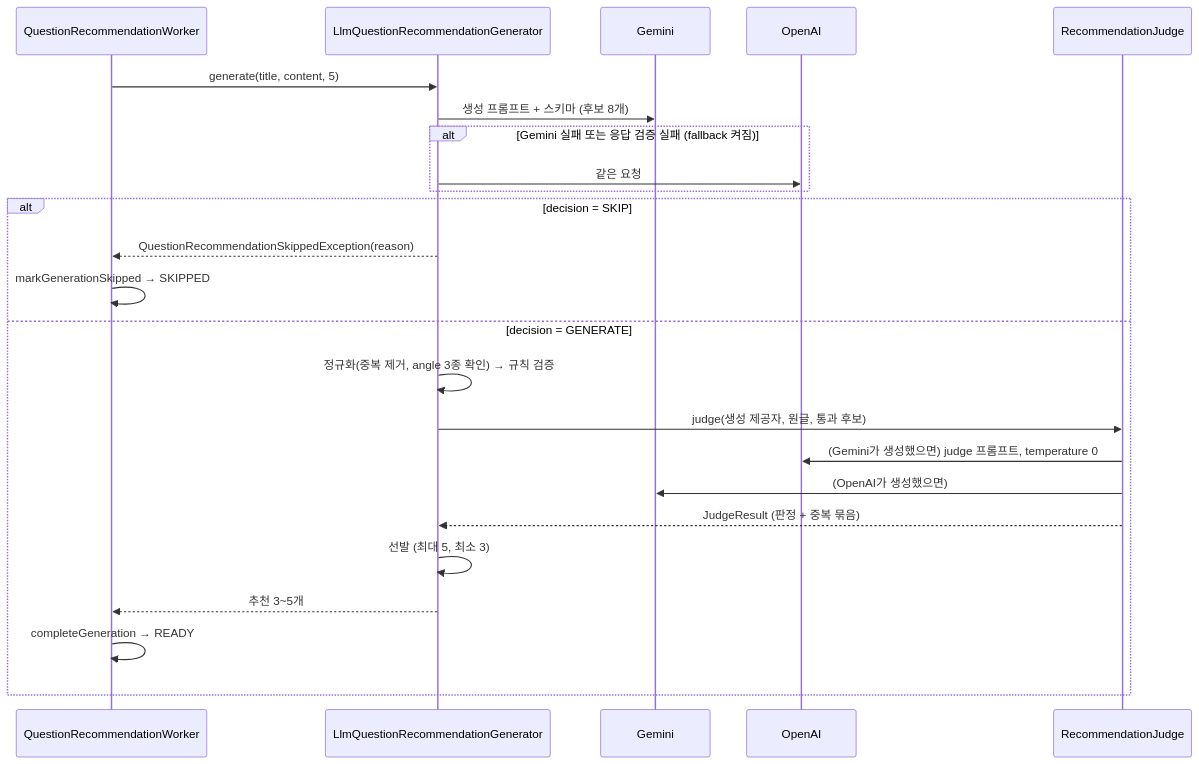
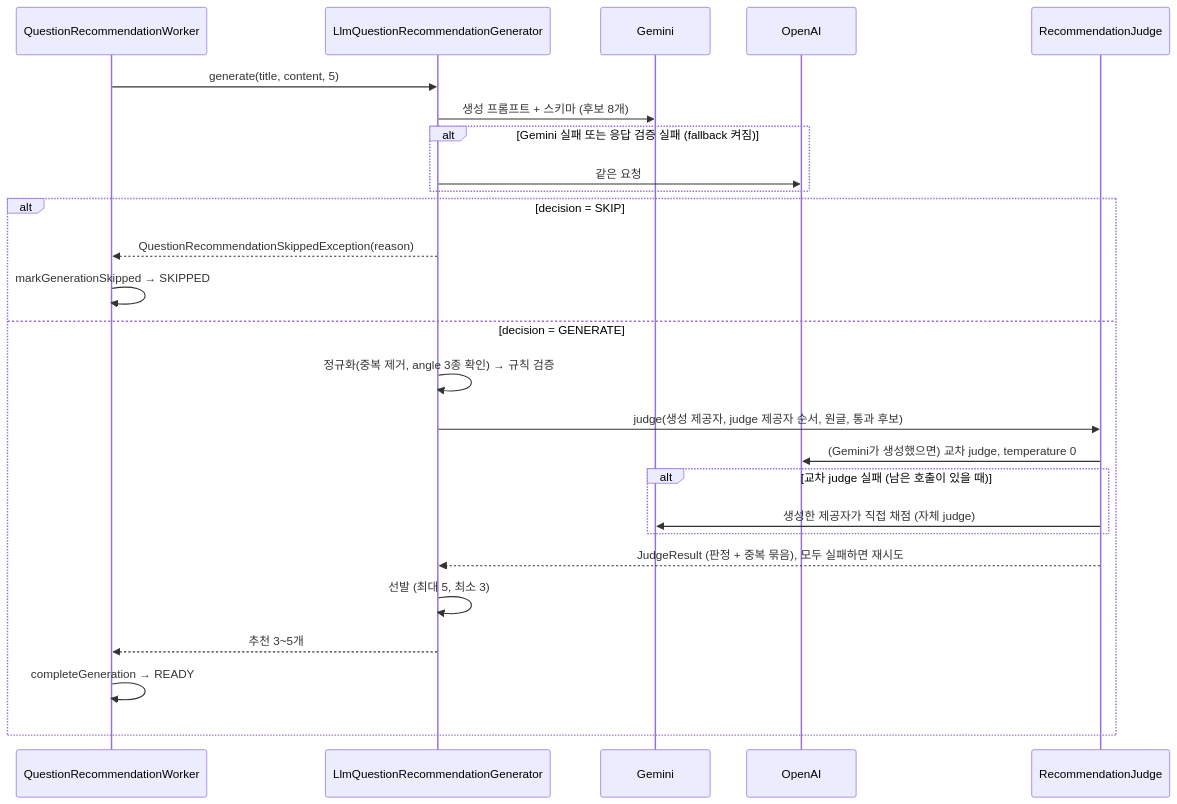
The diagram in docs/backend/question-recommendation-quality-design.md (woowacourse-teams/2026-shout-outz), drawn with Mermaid before and after one commit. The commit also changed other lines of this file, not shown here.

Commit message:
docs(backend): judge 제공자 대체 정책을 설계 문서에 반영

````diff
--- a/docs/backend/question-recommendation-quality-design.md
+++ b/docs/backend/question-recommendation-quality-design.md
@@ -84,26 +94,28 @@
 ```mermaid
 sequenceDiagram
     participant W as QuestionRecommendationWorker
     participant G as LlmQuestionRecommendationGenerator
     participant Gem as Gemini
     participant Oai as OpenAI
     participant J as RecommendationJudge
     W->>G: generate(title, content, 5)
     G->>Gem: 생성 프롬프트 + 스키마 (후보 8개)
     alt Gemini 실패 또는 응답 검증 실패 (fallback 켜짐)
         G->>Oai: 같은 요청
     end
     alt decision = SKIP
         G-->>W: QuestionRecommendationSkippedException(reason)
         W->>W: markGenerationSkipped → SKIPPED
     else decision = GENERATE
         G->>G: 정규화(중복 제거, angle 3종 확인) → 규칙 검증
-        G->>J: judge(생성 제공자, 원글, 통과 후보)
-        J->>Oai: (Gemini가 생성했으면) judge 프롬프트, temperature 0
-        J->>Gem: (OpenAI가 생성했으면)
-        J-->>G: JudgeResult (판정 + 중복 묶음)
+        G->>J: judge(생성 제공자, judge 제공자 순서, 원글, 통과 후보)
+        J->>Oai: (Gemini가 생성했으면) 교차 judge, temperature 0
+        alt 교차 judge 실패 (남은 호출이 있을 때)
+            J->>Gem: 생성한 제공자가 직접 채점 (자체 judge)
+        end
+        J-->>G: JudgeResult (판정 + 중복 묶음), 모두 실패하면 재시도
         G->>G: 선발 (최대 5, 최소 3)
         G-->>W: 추천 3~5개
         W->>W: completeGeneration → READY
     end
 ```
````
